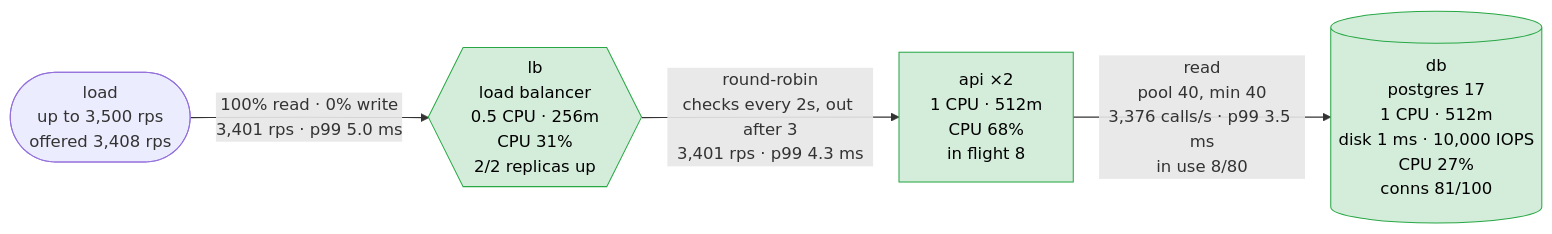
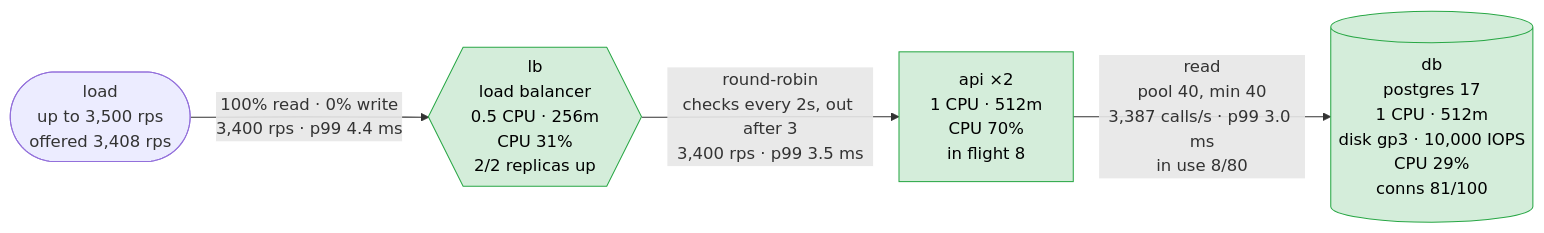
Before and after one commit to akinfemi/load-lore: the first of 5 diagrams in scenarios/statement-day/solutions/provisioned-iops/report.md, drawn with Mermaid. The commit also changed other lines of this file and 125 other files, not shown here.

````diff
--- a/scenarios/statement-day/solutions/provisioned-iops/report.md
+++ b/scenarios/statement-day/solutions/provisioned-iops/report.md
@@ -17,14 +17,14 @@
 ```mermaid
 flowchart LR
     load(["load<br/>up to 3,500 rps<br/>offered 3,408 rps"])
     lb{{"lb<br/>load balancer<br/>0.5 CPU · 256m<br/>CPU 31%<br/>2/2 replicas up"}}
-    api["api ×2<br/>1 CPU · 512m<br/>CPU 68%<br/>in flight 8"]
-    db[("db<br/>postgres 17<br/>1 CPU · 512m<br/>disk 1 ms · 10,000 IOPS<br/>CPU 27%<br/>conns 81/100")]
-    load -->|"100% read · 0% write<br/>3,401 rps · p99 5.0 ms"| lb
-    lb -->|"round-robin<br/>checks every 2s, out after 3<br/>3,401 rps · p99 4.3 ms"| api
-    api -->|"read<br/>pool 40, min 40<br/>3,376 calls/s · p99 3.5 ms<br/>in use 8/80"| db
+    api["api ×2<br/>1 CPU · 512m<br/>CPU 70%<br/>in flight 8"]
+    db[("db<br/>postgres 17<br/>1 CPU · 512m<br/>disk gp3 · 10,000 IOPS<br/>CPU 29%<br/>conns 81/100")]
+    load -->|"100% read · 0% write<br/>3,400 rps · p99 4.4 ms"| lb
+    lb -->|"round-robin<br/>checks every 2s, out after 3<br/>3,400 rps · p99 3.5 ms"| api
+    api -->|"read<br/>pool 40, min 40<br/>3,387 calls/s · p99 3.0 ms<br/>in use 8/80"| db
     classDef ok fill:#d4edda,stroke:#28a745,color:#000
     classDef warm fill:#fff3cd,stroke:#d39e00,color:#000
     classDef hot fill:#f8d7da,stroke:#dc3545,color:#000
     class lb,api,db ok
 ```
````
